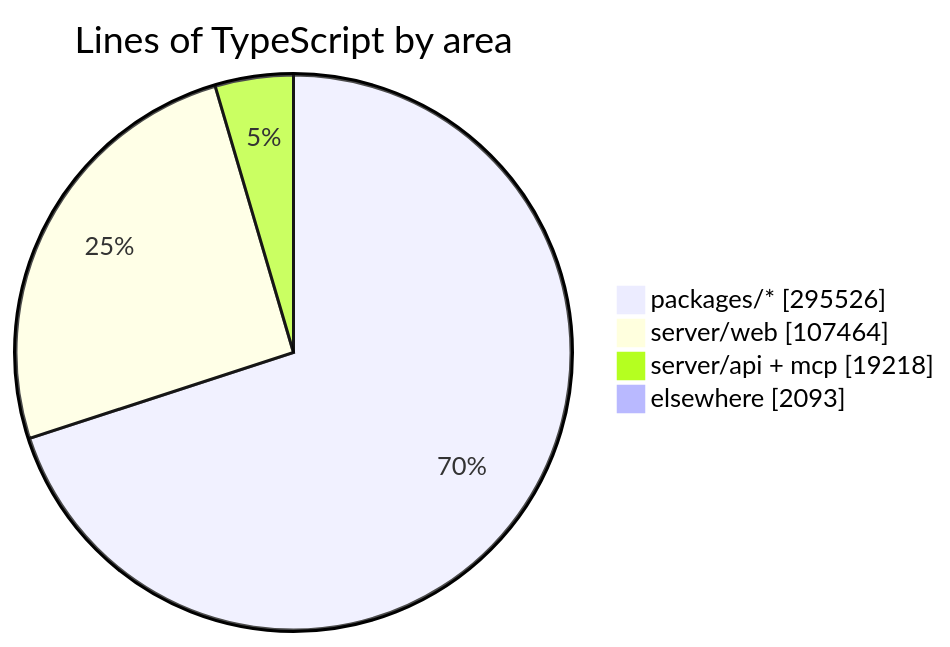
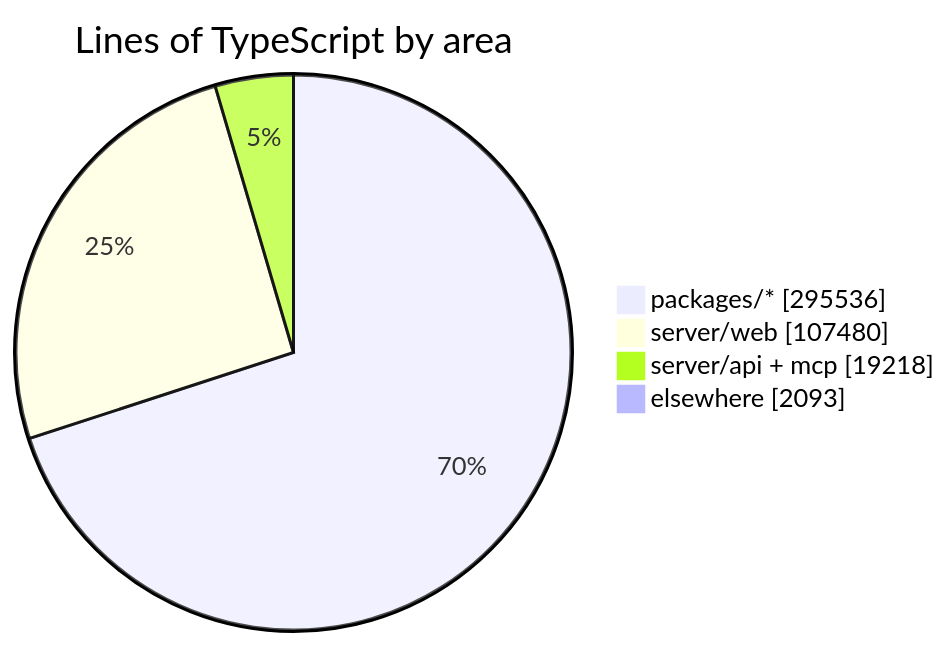
Before and after one commit to crossworks-engineering/mantle: the diagram in README.md, drawn with Mermaid. The commit also changed other lines of this file and 2 other files, not shown here.

````diff
--- a/README.md
+++ b/README.md
@@ -294,7 +294,7 @@
 ```mermaid
 pie showData title Lines of TypeScript by area
-    "packages/*" : 295526
-    "server/web" : 107464
+    "packages/*" : 295536
+    "server/web" : 107480
     "server/api + mcp" : 19218
     "elsewhere" : 2093
 ```
````
